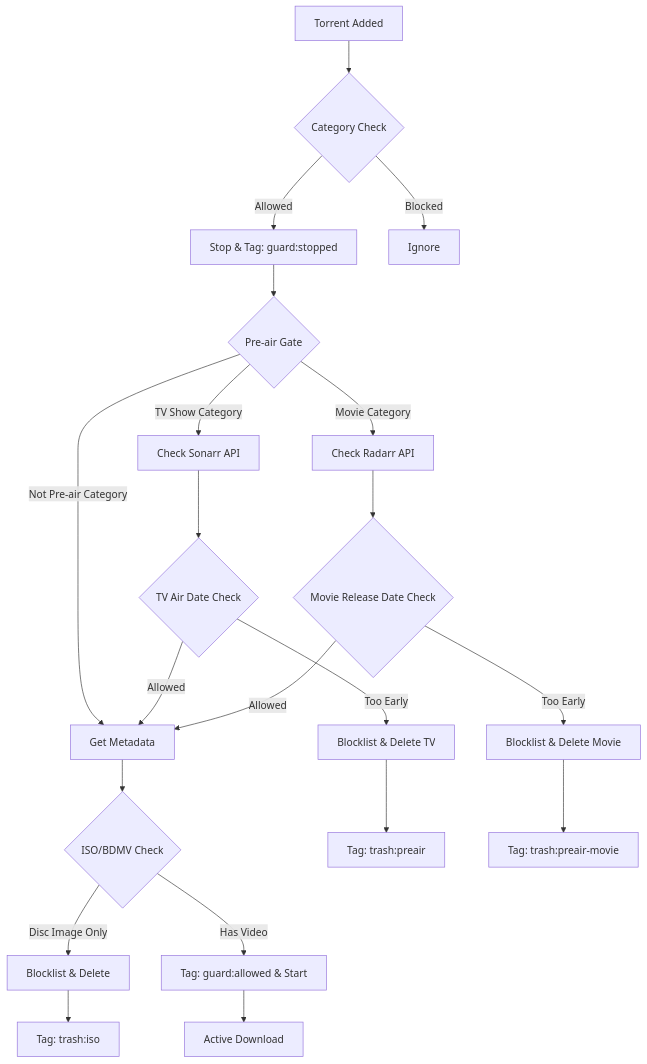
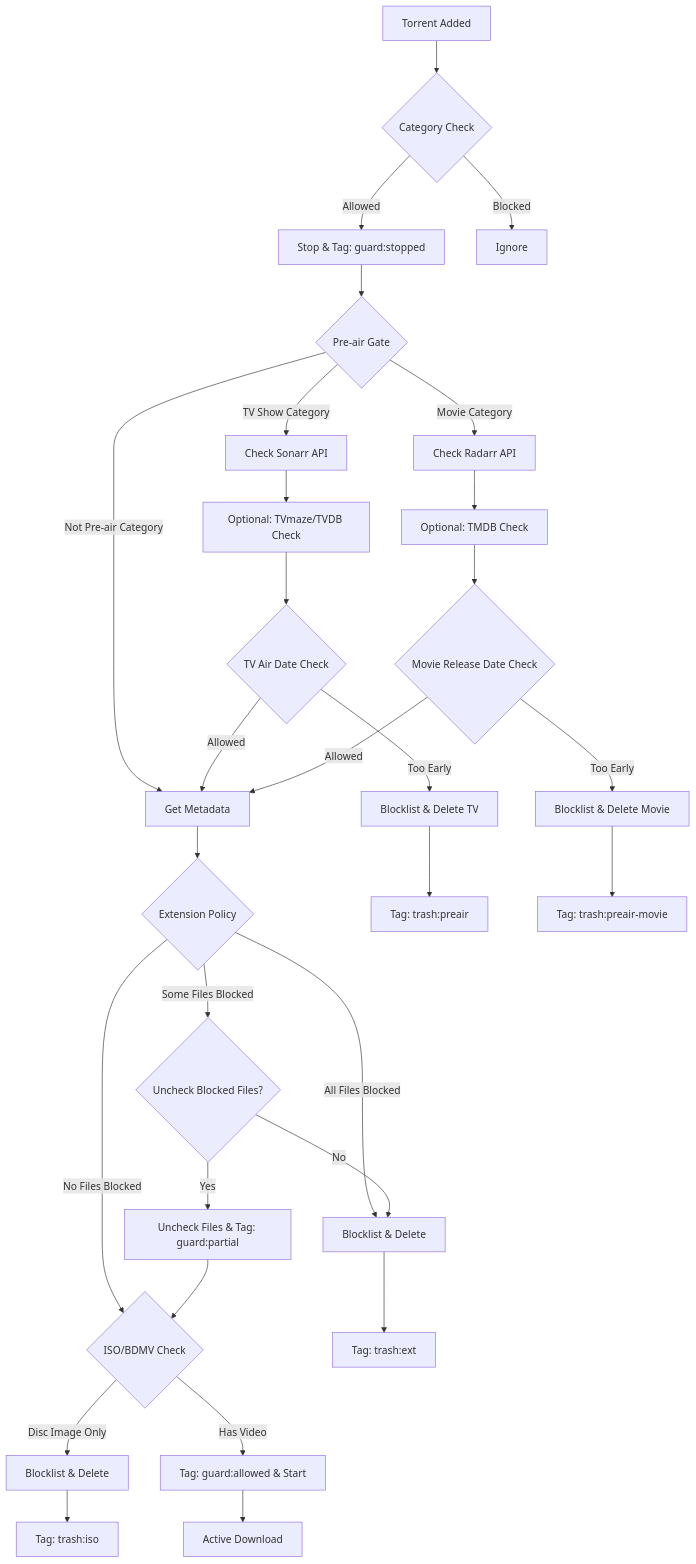
The diagram in docs/index.md (GEngines/qbit-guard), drawn with Mermaid before and after one commit. The commit also changed other lines of this file and 2 other files, not shown here.

Commit message:
Update docs/index.md and docs/examples.md with TMDB integration and selective file control

````diff
--- a/docs/index.md
+++ b/docs/index.md
@@ -105,23 +115,32 @@
 ```mermaid
 flowchart TD
     A[Torrent Added] --> B{Category Check}
     B -->|Allowed| C[Stop & Tag: guard:stopped]
     B -->|Blocked| Z[Ignore]
     C --> D{Pre-air Gate}
     D -->|TV Show Category| E[Check Sonarr API]
     D -->|Movie Category| F[Check Radarr API]  
     D -->|Not Pre-air Category| G[Get Metadata]
-    E --> H{TV Air Date Check}
-    F --> I{Movie Release Date Check}
+    E --> E2[Optional: TVmaze/TVDB Check]
+    F --> F2[Optional: TMDB Check]
+    E2 --> H{TV Air Date Check}
+    F2 --> I{Movie Release Date Check}
     H -->|Too Early| J[Blocklist & Delete TV]
     I -->|Too Early| K[Blocklist & Delete Movie]
     H -->|Allowed| G[Get Metadata]
     I -->|Allowed| G[Get Metadata]
-    G --> L{ISO/BDMV Check}
-    L -->|Disc Image Only| M[Blocklist & Delete]
-    L -->|Has Video| N[Tag: guard:allowed & Start]
-    J --> O[Tag: trash:preair]
-    K --> P[Tag: trash:preair-movie]
-    M --> Q[Tag: trash:iso]
-    N --> R[Active Download]
+    G --> L{Extension Policy}
+    L -->|All Files Blocked| M[Blocklist & Delete]
+    L -->|Some Files Blocked| N{Uncheck Blocked Files?}
+    L -->|No Files Blocked| O{ISO/BDMV Check}
+    N -->|Yes| P[Uncheck Files & Tag: guard:partial]
+    N -->|No| M
+    P --> O
+    O -->|Disc Image Only| Q[Blocklist & Delete]
+    O -->|Has Video| R[Tag: guard:allowed & Start]
+    J --> S[Tag: trash:preair]
+    K --> T[Tag: trash:preair-movie]
+    M --> U[Tag: trash:ext]
+    Q --> V[Tag: trash:iso]
+    R --> W[Active Download]
 ```
````
